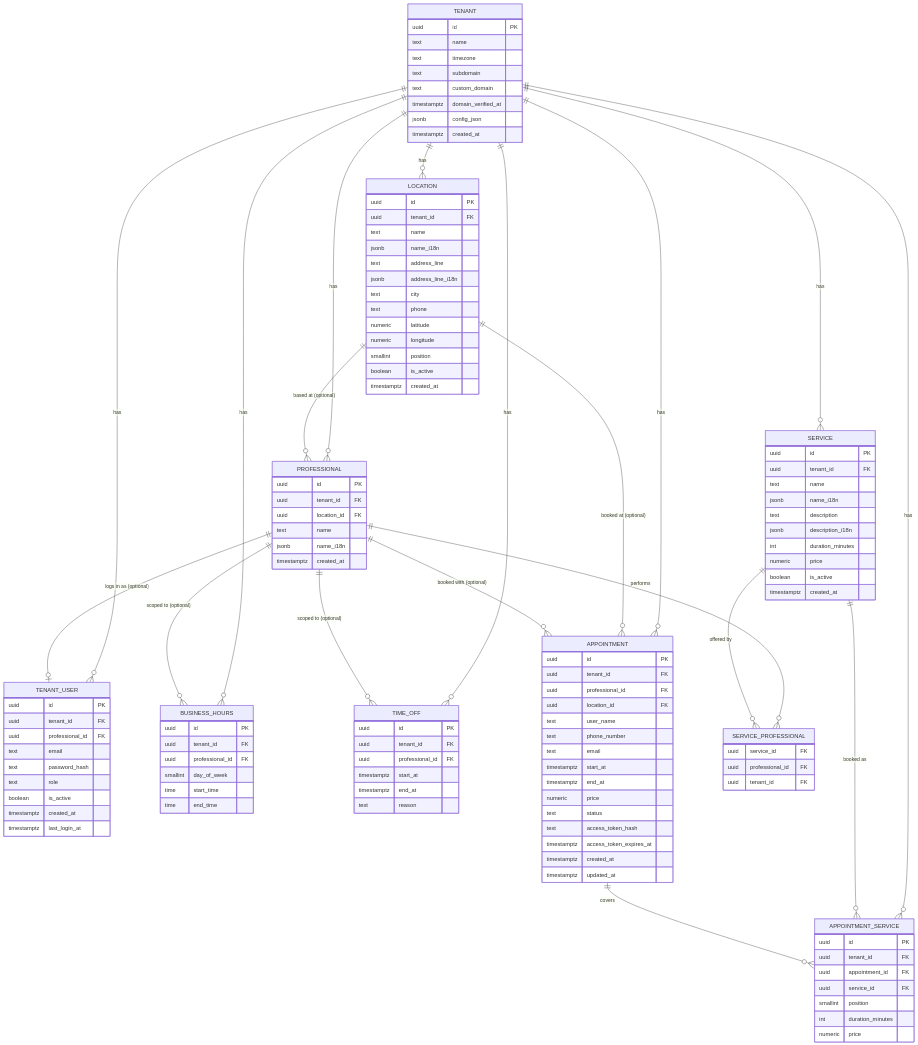
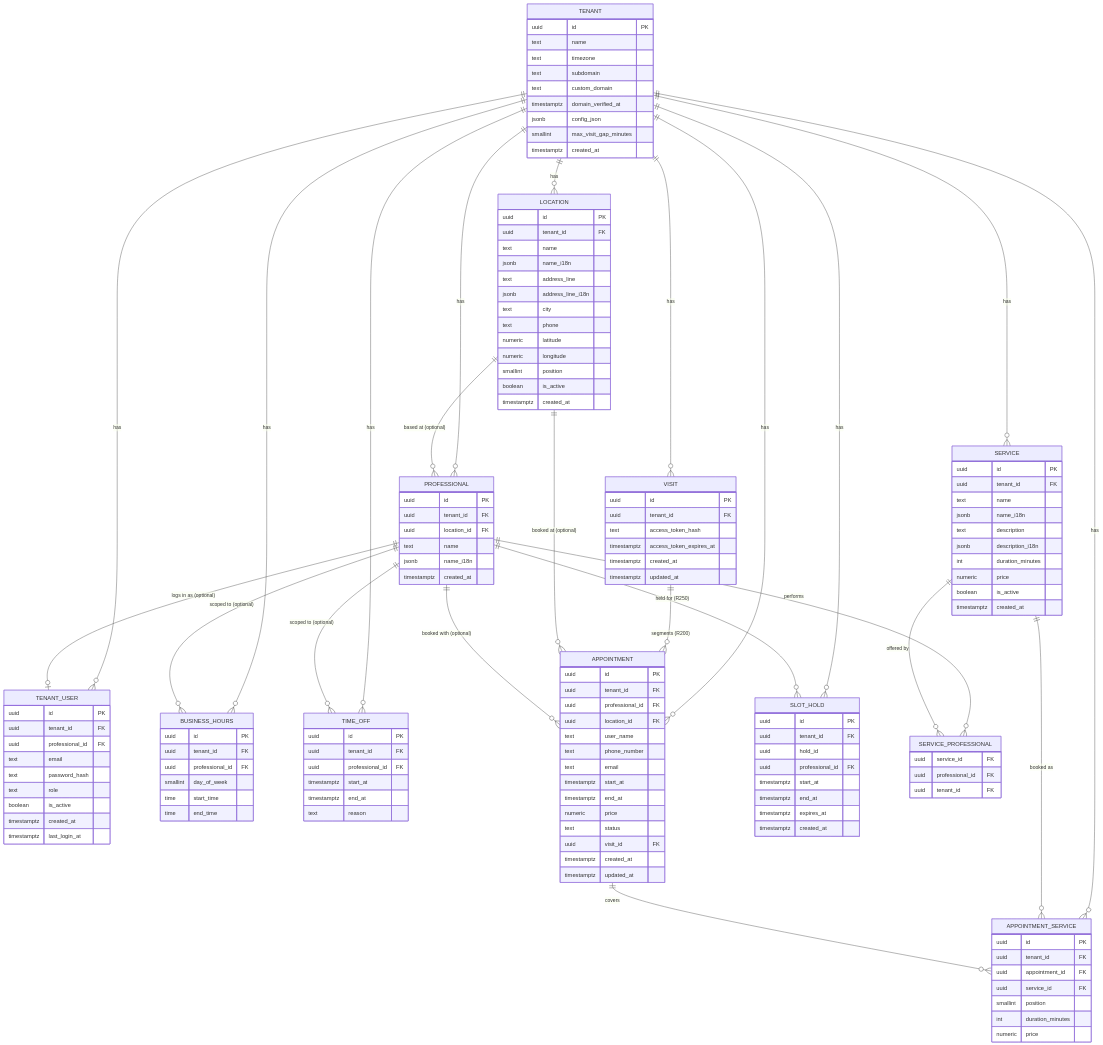
The diagram in Unified Requirements and Data Model.md (Busa312/multi-tenant-booking-app), drawn with Mermaid before and after one commit. The commit also changed other lines of this file and 254 other files, not shown here.

```diff
--- a/Unified Requirements and Data Model.md
+++ b/Unified Requirements and Data Model.md
@@ -289,6 +356,9 @@
     TENANT ||--o{ TIME_OFF : has
     TENANT ||--o{ APPOINTMENT : has
     TENANT ||--o{ APPOINTMENT_SERVICE : has
+    TENANT ||--o{ VISIT : has
+    VISIT ||--o{ APPOINTMENT : "segments (R200)"
+    TENANT ||--o{ SLOT_HOLD : has
 
     LOCATION ||--o{ PROFESSIONAL : "based at (optional)"
     LOCATION ||--o{ APPOINTMENT : "booked at (optional)"
@@ -298,6 +368,7 @@
     PROFESSIONAL ||--o{ BUSINESS_HOURS : "scoped to (optional)"
     PROFESSIONAL ||--o{ TIME_OFF : "scoped to (optional)"
     PROFESSIONAL ||--o{ APPOINTMENT : "booked with (optional)"
+    PROFESSIONAL ||--o{ SLOT_HOLD : "held for (R250)"
 
     SERVICE ||--o{ SERVICE_PROFESSIONAL : "offered by"
     SERVICE ||--o{ APPOINTMENT_SERVICE : "booked as"
@@ -311,6 +382,27 @@
         text custom_domain
         timestamptz domain_verified_at
         jsonb config_json
+        smallint max_visit_gap_minutes
+        timestamptz created_at
+    }
+
+    VISIT {
+        uuid id PK
+        uuid tenant_id FK
+        text access_token_hash
+        timestamptz access_token_expires_at
+        timestamptz created_at
+        timestamptz updated_at
+    }
+
+    SLOT_HOLD {
+        uuid id PK
+        uuid tenant_id FK
+        uuid hold_id
+        uuid professional_id FK
+        timestamptz start_at
+        timestamptz end_at
+        timestamptz expires_at
         timestamptz created_at
     }
 
@@ -400,8 +492,7 @@
         timestamptz end_at
         numeric price
         text status
-        text access_token_hash
-        timestamptz access_token_expires_at
+        uuid visit_id FK
         timestamptz created_at
         timestamptz updated_at
     }
```
